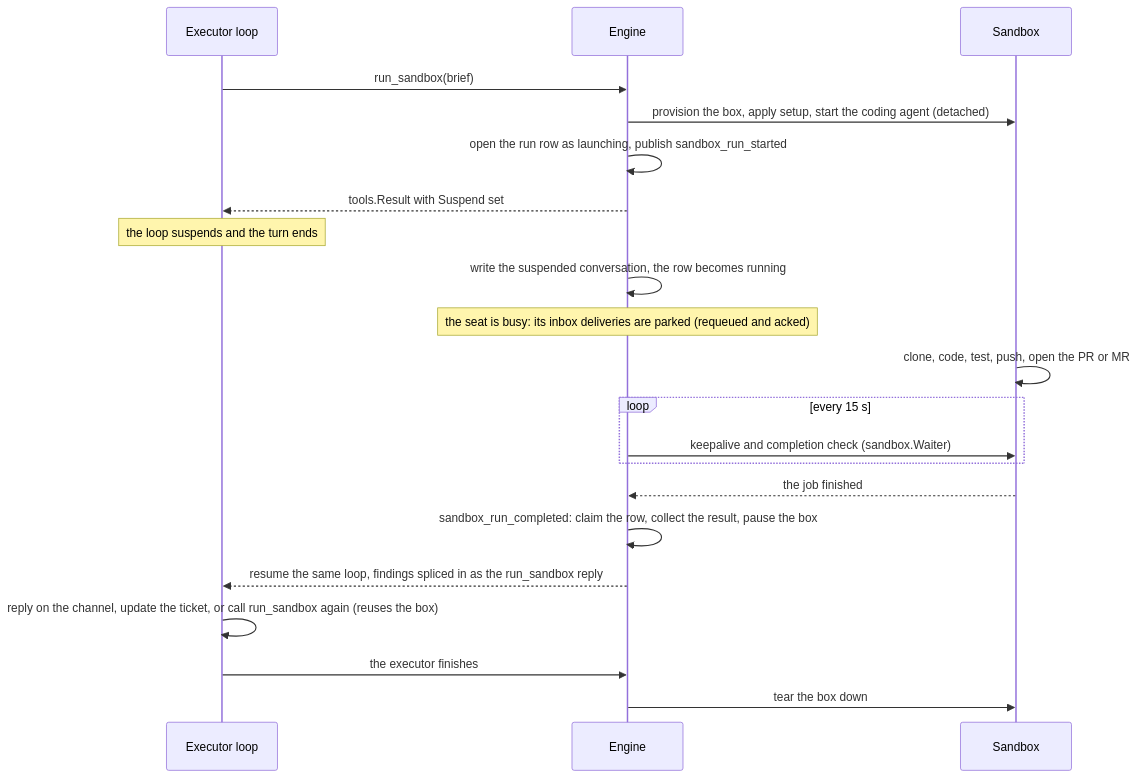
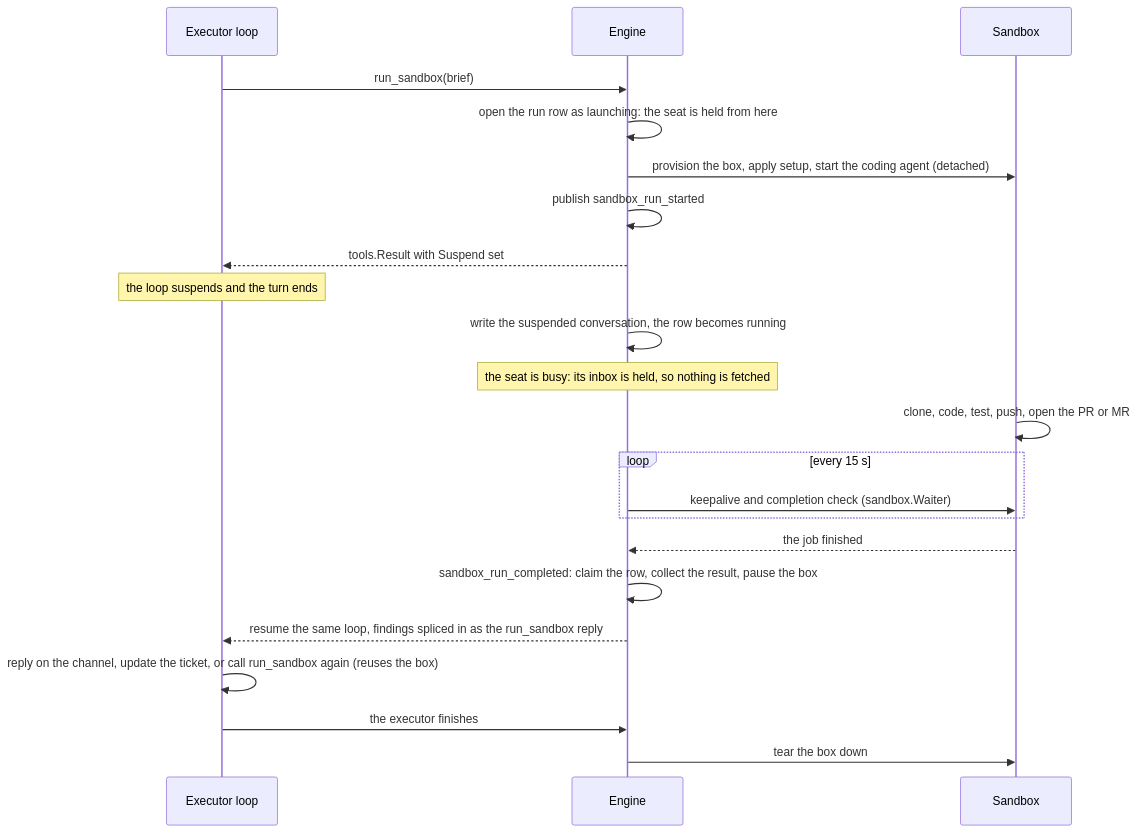
Before and after one commit to crewlet/crewlet: the diagram in docs/concepts/code-sandbox.md, drawn with Mermaid. The commit also changed other lines of this file and 16 other files, not shown here.

````diff
--- a/docs/concepts/code-sandbox.md
+++ b/docs/concepts/code-sandbox.md
@@ -21,23 +21,24 @@
 ```mermaid
 sequenceDiagram
     participant X as Executor loop
     participant E as Engine
     participant B as Sandbox
     X->>E: run_sandbox(brief)
+    E->>E: open the run row as launching: the seat is held from here
     E->>B: provision the box, apply setup, start the coding agent (detached)
-    E->>E: open the run row as launching, publish sandbox_run_started
+    E->>E: publish sandbox_run_started
     E-->>X: tools.Result with Suspend set
     Note over X: the loop suspends and the turn ends
     E->>E: write the suspended conversation, the row becomes running
-    Note over E: the seat is busy: its inbox deliveries are parked (requeued and acked)
+    Note over E: the seat is busy: its inbox is held, so nothing is fetched
     B->>B: clone, code, test, push, open the PR or MR
     loop every 15 s
         E->>B: keepalive and completion check (sandbox.Waiter)
     end
     B-->>E: the job finished
     E->>E: sandbox_run_completed: claim the row, collect the result, pause the box
     E-->>X: resume the same loop, findings spliced in as the run_sandbox reply
     X->>X: reply on the channel, update the ticket, or call run_sandbox again (reuses the box)
     X->>E: the executor finishes
     E->>B: tear the box down
 ```
````
